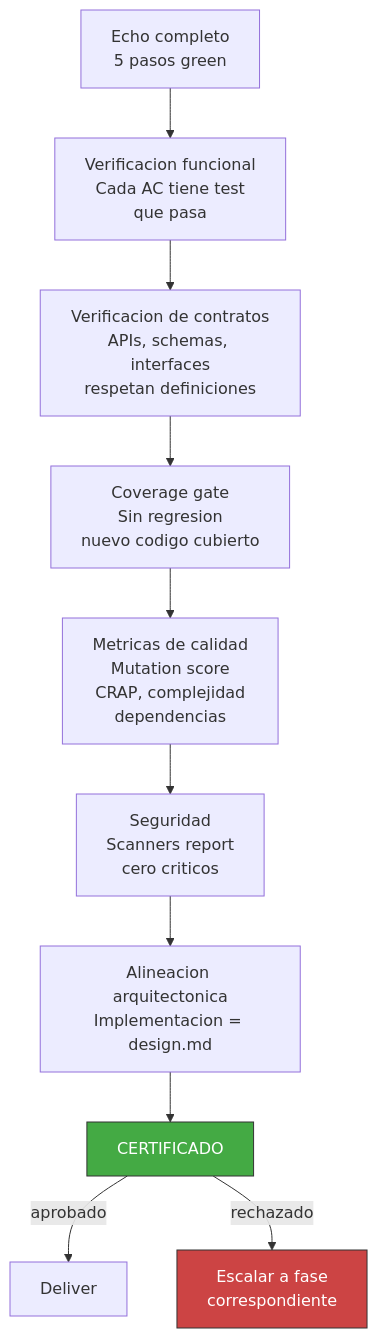
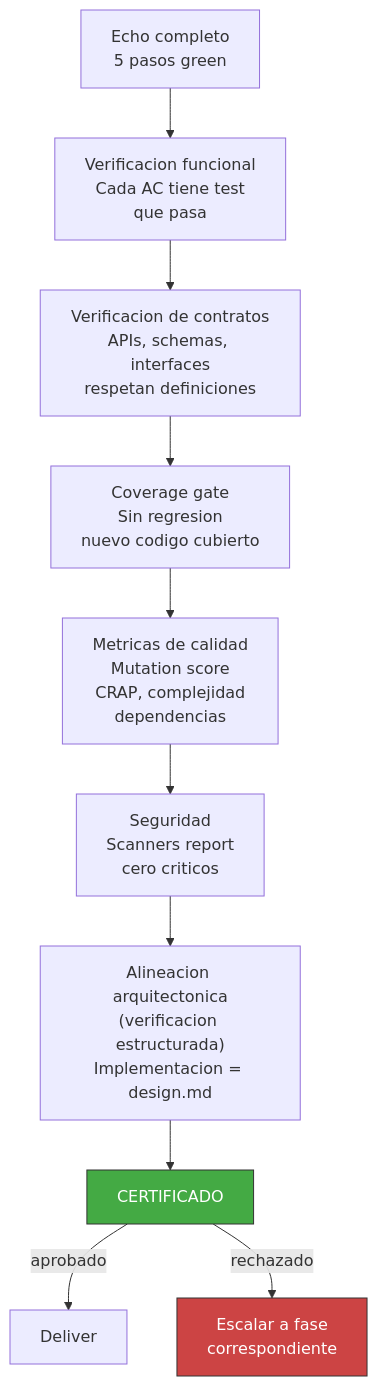
Before and after one commit to virgenherrera/virgil: diagram 19 of 47 in principia/overview.md, drawn with Mermaid. The commit also changed other lines of this file, not shown here.

````diff
--- a/principia/overview.md
+++ b/principia/overview.md
@@ -644,17 +750,17 @@
 ```mermaid
 flowchart TD
     ECHO["Echo completo\n5 pasos green"] --> FUNC
     FUNC["Verificacion funcional\nCada AC tiene test\nque pasa"] --> CONTRACT
     CONTRACT["Verificacion de contratos\nAPIs, schemas, interfaces\nrespetan definiciones"] --> COV
     COV["Coverage gate\nSin regresion\nnuevo codigo cubierto"] --> METRICS
     METRICS["Metricas de calidad\nMutation score\nCRAP, complejidad\ndependencias"] --> SEC
     SEC["Seguridad\nScanners report\ncero criticos"] --> ARCH
-    ARCH["Alineacion arquitectonica\nImplementacion = design.md"] --> CERT
+    ARCH["Alineacion arquitectonica\n(verificacion estructurada)\nImplementacion = design.md"] --> CERT
 
     CERT["CERTIFICADO"]
     CERT -->|"aprobado"| DELIVER["Deliver"]
     CERT -->|"rechazado"| ESCALATE["Escalar a fase\ncorrespondiente"]
 
     style CERT fill:#4a4,stroke:#333,color:#fff
     style ESCALATE fill:#c44,stroke:#333,color:#fff
 ```
````
